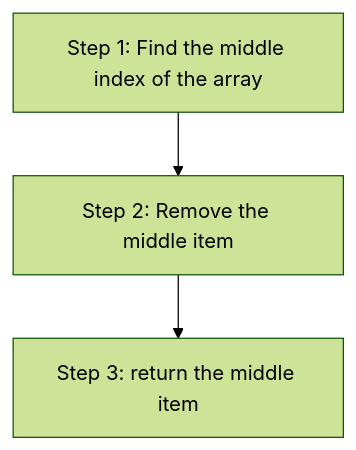
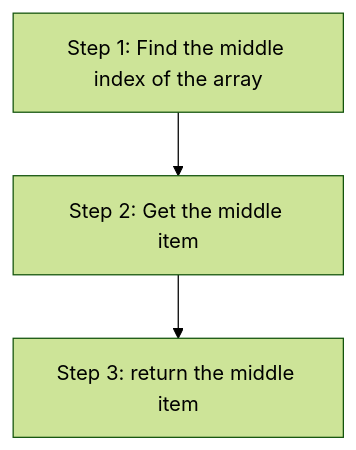
The diagram in content/js2/blocks/median/index.md (CodeYourFuture/curriculum), drawn with Mermaid (forest theme) before and after one commit. The commit also changed other lines of this file and 1 other file, not shown here.

````diff
--- a/content/js2/blocks/median/index.md
+++ b/content/js2/blocks/median/index.md
@@ -39,5 +39,5 @@
 ```mermaid
 flowchart TD
-    A[Step 1: Find the middle index of the array] --> B[Step 2: Remove the middle item]
+    A[Step 1: Find the middle index of the array] --> B[Step 2: Get the middle item]
     B --> C[Step 3: return the middle item]
 ```
````
